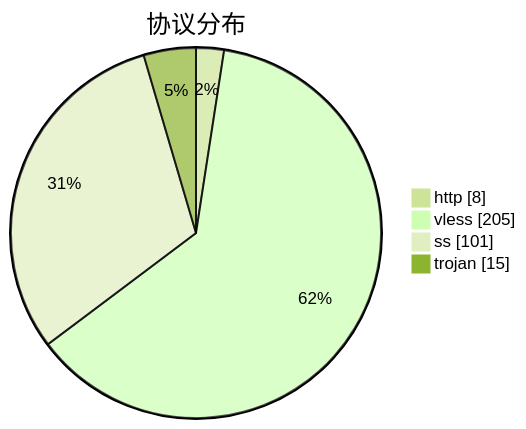
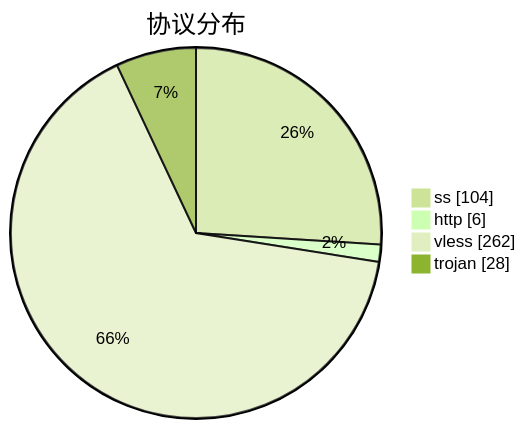
Before and after one commit to qjlxg/airport: the third of 3 diagrams in subs/statistics/tested_within.md, drawn with Mermaid (forest theme). The commit also changed other lines of this file and 2 other files, not shown here.

````diff
--- a/subs/statistics/tested_within.md
+++ b/subs/statistics/tested_within.md
@@ -31,8 +34,8 @@
 ```mermaid
 pie showData
 title 协议分布
-"http" : 8
-"vless" : 205
-"ss" : 101
-"trojan" : 15
+"ss" : 104
+"http" : 6
+"vless" : 262
+"trojan" : 28
 ```
````
